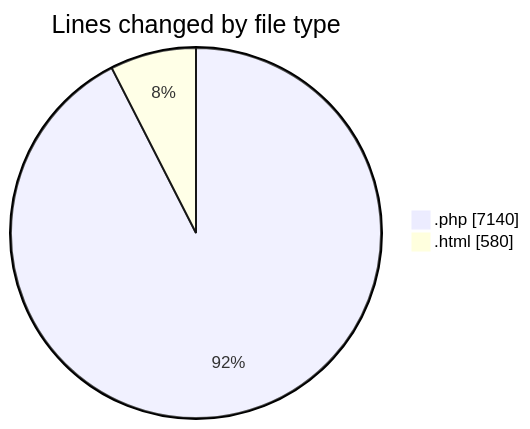
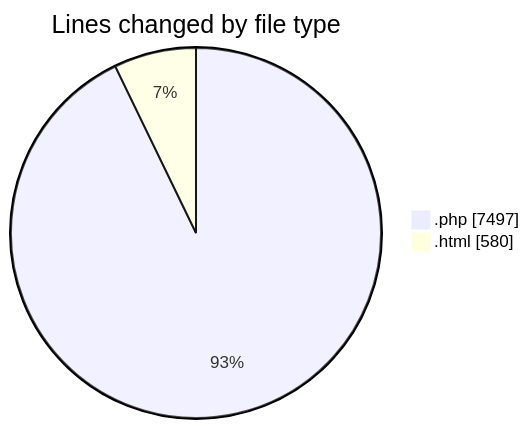
The first of 2 diagrams in 2025-09-02/quytuthien_vn/README.md (lephambinh05/code-tracking), drawn with Mermaid before and after one commit. The commit also changed other lines of this file and 1 other file, not shown here.

````diff
--- a/2025-09-02/quytuthien_vn/README.md
+++ b/2025-09-02/quytuthien_vn/README.md
@@ -32,6 +35,6 @@
 ```mermaid
 pie showData
 title Lines changed by file type
-".php" : 7140
+".php" : 7497
 ".html" : 580
 ```
````
